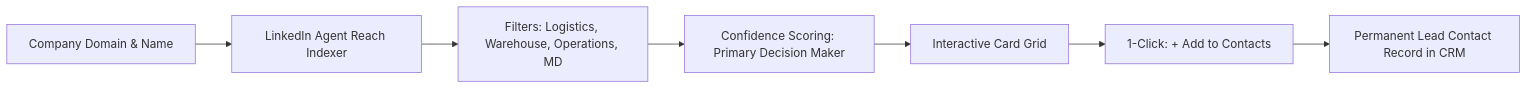
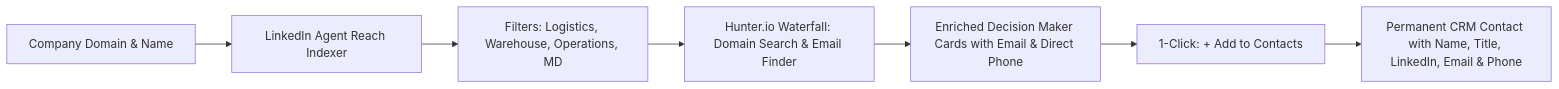
One commit to ankith88/prospectplus-application changed the diagram in docs/Lead_Enrichment_and_Intelligence_Guide.md. Above: the diagram before and after it, drawn with Mermaid. The commit also changed other lines of this file and 7 other files, not shown here.

Commit message:
feat: integrate Hunter.io email and phone discovery into LinkedIn decision maker enrichment

````diff
--- a/docs/Lead_Enrichment_and_Intelligence_Guide.md
+++ b/docs/Lead_Enrichment_and_Intelligence_Guide.md
@@ -173,9 +173,9 @@
 ```mermaid
 graph LR
     A[Company Domain & Name] --> B[LinkedIn Agent Reach Indexer]
     B --> C[Filters: Logistics, Warehouse, Operations, MD]
-    C --> D[Confidence Scoring: Primary Decision Maker]
-    D --> E[Interactive Card Grid]
+    C --> D[Hunter.io Waterfall: Domain Search & Email Finder]
+    D --> E[Enriched Decision Maker Cards with Email & Direct Phone]
     E --> F[1-Click: + Add to Contacts]
-    F --> G[Permanent Lead Contact Record in CRM]
+    F --> G[Permanent CRM Contact with Name, Title, LinkedIn, Email & Phone]
 ```
````
